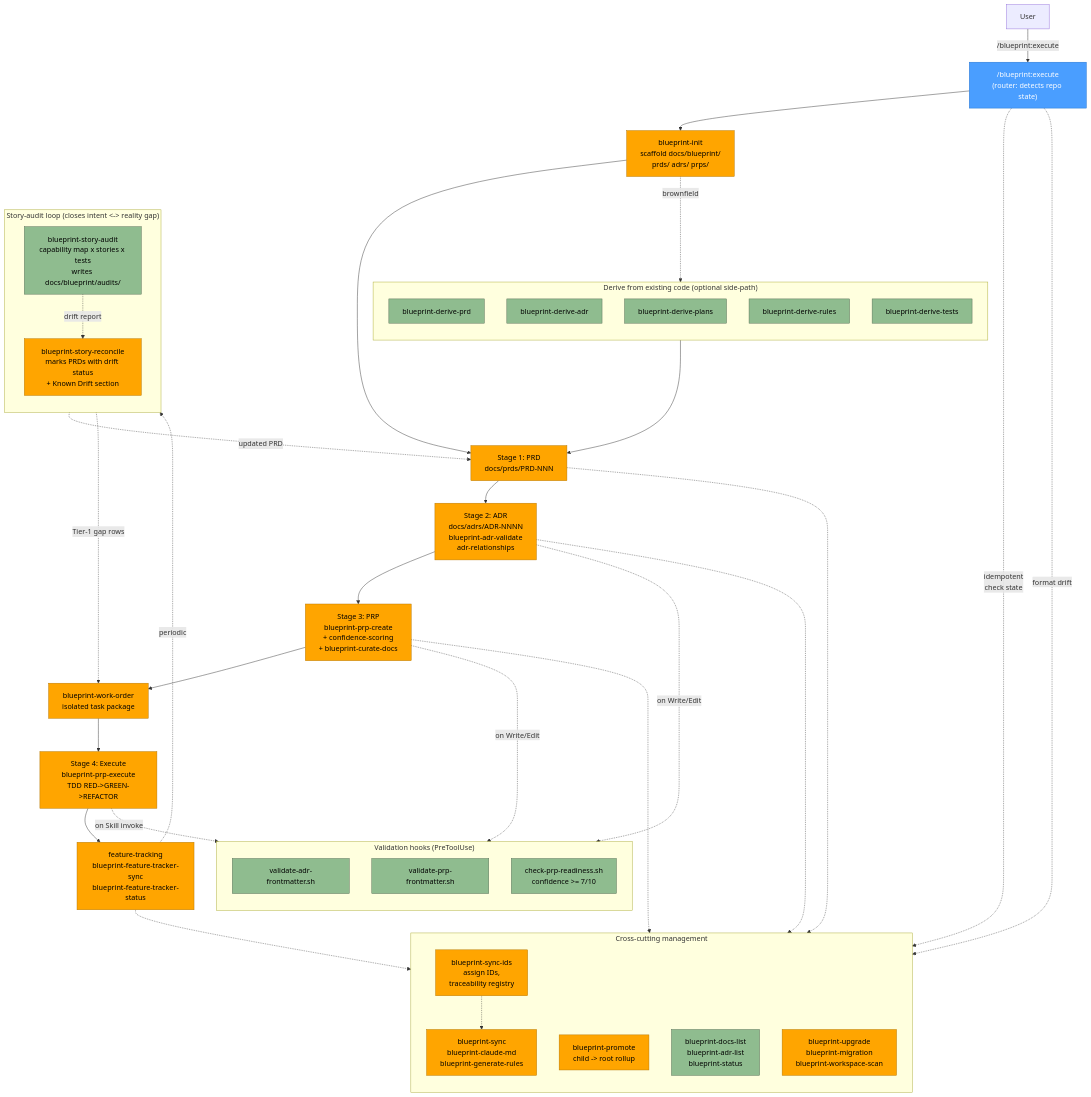
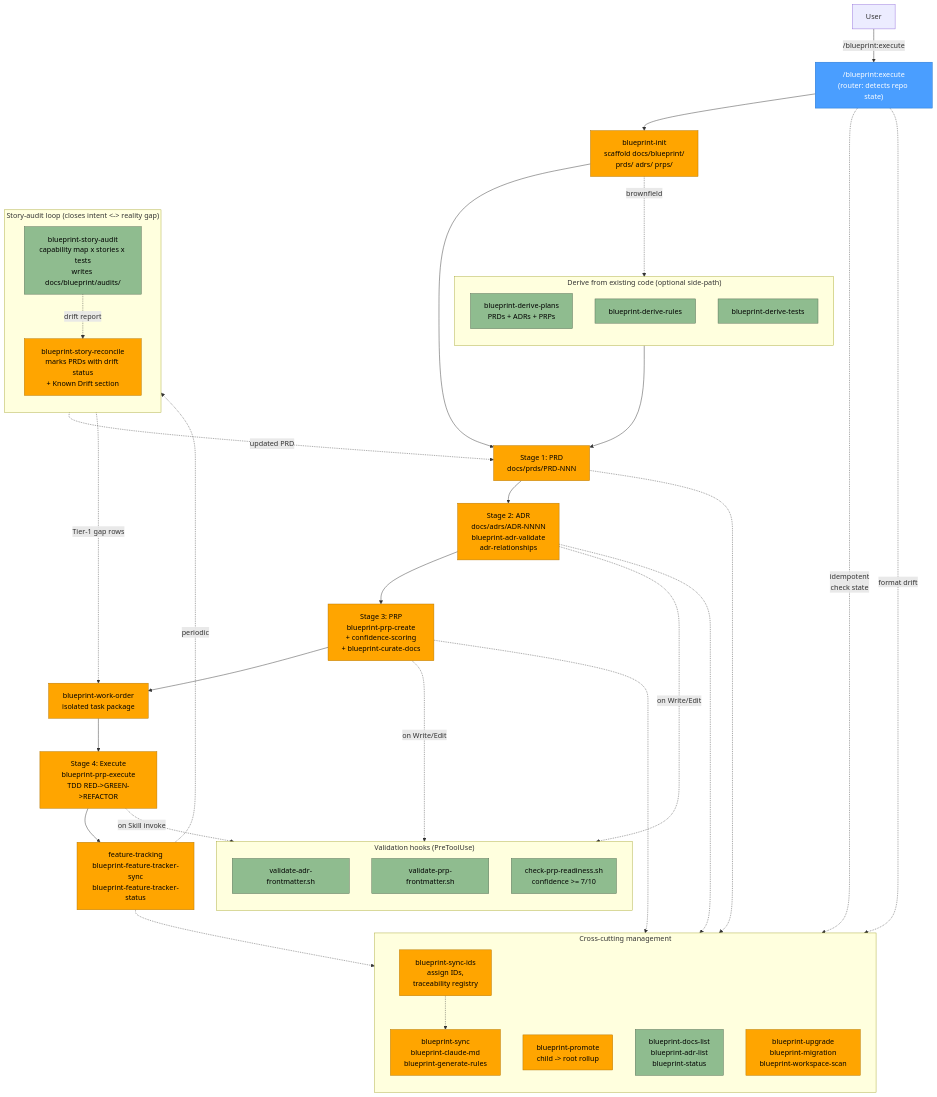
Before and after one commit to laurigates/claude-plugins: the diagram in blueprint-plugin/docs/flow.md, drawn with Mermaid. The commit also changed other lines of this file and 29 other files, not shown here.

````diff
--- a/blueprint-plugin/docs/flow.md
+++ b/blueprint-plugin/docs/flow.md
@@ -3,79 +3,77 @@
 ```mermaid
 flowchart TD
     U[User] -->|/blueprint:execute| EX["/blueprint:execute<br/>(router: detects repo state)"]
 
     EX --> INIT[blueprint-init<br/>scaffold docs/blueprint/<br/>prds/ adrs/ prps/]
 
     subgraph DERIVE["Derive from existing code (optional side-path)"]
         direction TB
-        DP[blueprint-derive-prd]
-        DA[blueprint-derive-adr]
-        DPL[blueprint-derive-plans]
+        DPL[blueprint-derive-plans<br/>PRDs + ADRs + PRPs]
         DR[blueprint-derive-rules]
         DT[blueprint-derive-tests]
     end
 
     INIT -.->|brownfield| DERIVE
 
     INIT --> PRD[Stage 1: PRD<br/>docs/prds/PRD-NNN]
     DERIVE --> PRD
 
     PRD --> ADR[Stage 2: ADR<br/>docs/adrs/ADR-NNNN<br/>blueprint-adr-validate<br/>adr-relationships]
 
     ADR --> PRP[Stage 3: PRP<br/>blueprint-prp-create<br/>+ confidence-scoring<br/>+ blueprint-curate-docs]
 
     PRP --> WO[blueprint-work-order<br/>isolated task package]
 
     WO --> RUN[Stage 4: Execute<br/>blueprint-prp-execute<br/>TDD RED->GREEN->REFACTOR]
 
     RUN --> TRACK[feature-tracking<br/>blueprint-feature-tracker-sync<br/>blueprint-feature-tracker-status]
 
     subgraph AUDIT["Story-audit loop (closes intent <-> reality gap)"]
         direction TB
         SA[blueprint-story-audit<br/>capability map x stories x tests<br/>writes docs/blueprint/audits/]
         SR[blueprint-story-reconcile<br/>marks PRDs with drift status<br/>+ Known Drift section]
     end
 
     TRACK -.->|periodic| SA
     SA -.->|drift report| SR
     SR -.->|updated PRD| PRD
     SA -.->|Tier-1 gap rows| WO
 
     subgraph META["Cross-cutting management"]
         direction TB
         SID[blueprint-sync-ids<br/>assign IDs,<br/>traceability registry]
         SYNC[blueprint-sync<br/>blueprint-claude-md<br/>blueprint-generate-rules]
         PROM[blueprint-promote<br/>child -> root rollup]
         LIST[blueprint-docs-list<br/>blueprint-adr-list<br/>blueprint-status]
         UPG[blueprint-upgrade<br/>blueprint-migration<br/>blueprint-workspace-scan]
     end
 
     PRD -.-> SID
     ADR -.-> SID
     PRP -.-> SID
     SID -.-> SYNC
     TRACK -.-> PROM
 
     EX -.->|idempotent<br/>check state| LIST
     EX -.->|format drift| UPG
 
     subgraph VALID["Validation hooks (PreToolUse)"]
         direction TB
         VA[validate-adr-frontmatter.sh]
         VP[validate-prp-frontmatter.sh]
         CR[check-prp-readiness.sh<br/>confidence >= 7/10]
     end
 
     ADR -.->|on Write/Edit| VA
     PRP -.->|on Write/Edit| VP
     RUN -.->|on Skill invoke| CR
 
     classDef router fill:#4a9eff,stroke:#1a6ecc,color:#fff
     classDef check fill:#8fbc8f,stroke:#556b55,color:#000
     classDef fix fill:#ffa500,stroke:#b37400,color:#000
     classDef prompt fill:#dda0dd,stroke:#8b5a8b,color:#000
 
     class EX router
-    class DP,DA,DPL,DR,DT,LIST,VA,VP,CR,SA check
+    class DPL,DR,DT,LIST,VA,VP,CR,SA check
     class INIT,PRD,ADR,PRP,WO,RUN,TRACK,SID,SYNC,PROM,UPG,SR fix
 ```
````
